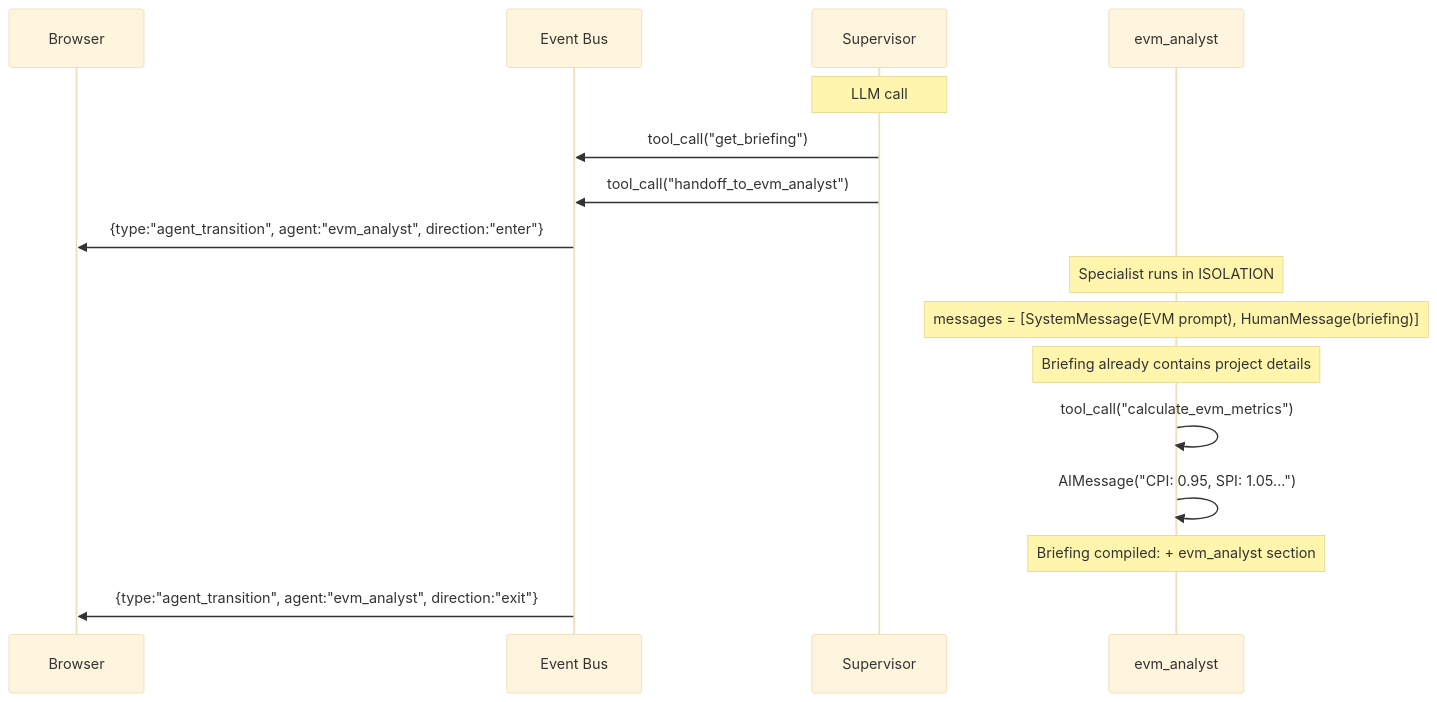
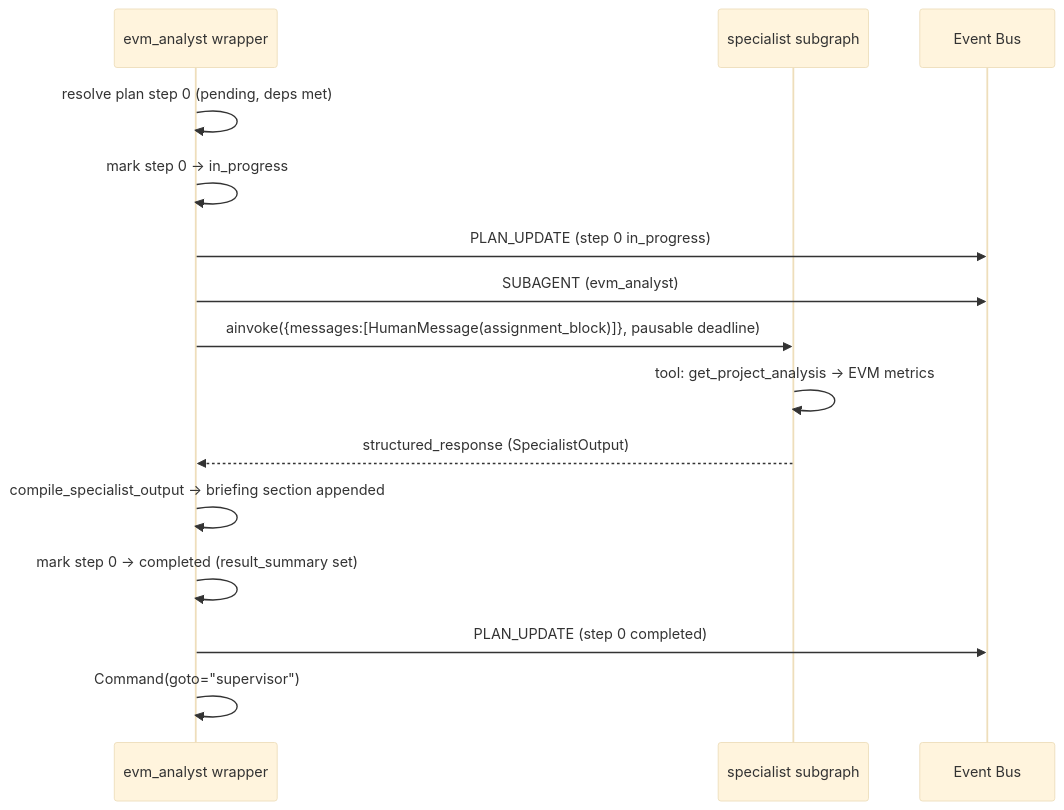
The fourth of 4 diagrams in docs/02-architecture/ai/supervisor-orchestrator.md (ogghst/backcast), drawn with Mermaid (base theme) before and after one commit. The commit also changed other lines of this file and 18 other files, not shown here.

First line of the commit message:
docs(ai): rationalize AI architecture docs to one canonical per macro topic

````diff
--- a/docs/02-architecture/ai/supervisor-orchestrator.md
+++ b/docs/02-architecture/ai/supervisor-orchestrator.md
@@ -511,21 +487,18 @@
 ```mermaid
 sequenceDiagram
-    participant B as Browser
+    participant WRAP as evm_analyst wrapper
+    participant SPEC as specialist subgraph
     participant EB as Event Bus
-    participant SUP as Supervisor
-    participant EA as evm_analyst
 
-    Note over SUP: LLM call #2: reads updated briefing (now has PM findings)
-    SUP->>EB: tool_call("get_briefing")
-    SUP->>EB: tool_call("handoff_to_evm_analyst")
-    EB->>B: {type:"agent_transition", agent:"evm_analyst", direction:"enter"}
-
-    Note over EA: Specialist runs in ISOLATION
-    Note over EA: messages = [SystemMessage(EVM prompt), HumanMessage(briefing)]
-    Note over EA: Briefing already contains project details
-    EA->>EA: tool_call("calculate_evm_metrics")
-    EA->>EA: AIMessage("CPI: 0.95, SPI: 1.05...")
-
-    Note over EA: Briefing compiled: + evm_analyst section
-    EB->>B: {type:"agent_transition", agent:"evm_analyst", direction:"exit"}
+    WRAP->>WRAP: resolve plan step 0 (pending, deps met)
+    WRAP->>WRAP: mark step 0 -> in_progress
+    WRAP->>EB: PLAN_UPDATE (step 0 in_progress)
+    WRAP->>EB: SUBAGENT (evm_analyst)
+    WRAP->>SPEC: ainvoke({messages:[HumanMessage(assignment_block)]}, pausable deadline)
+    SPEC->>SPEC: tool: get_project_analysis -> EVM metrics
+    SPEC-->>WRAP: structured_response (SpecialistOutput)
+    WRAP->>WRAP: compile_specialist_output -> briefing section appended
+    WRAP->>WRAP: mark step 0 -> completed (result_summary set)
+    WRAP->>EB: PLAN_UPDATE (step 0 completed)
+    WRAP->>WRAP: Command(goto="supervisor")
 ```
````
